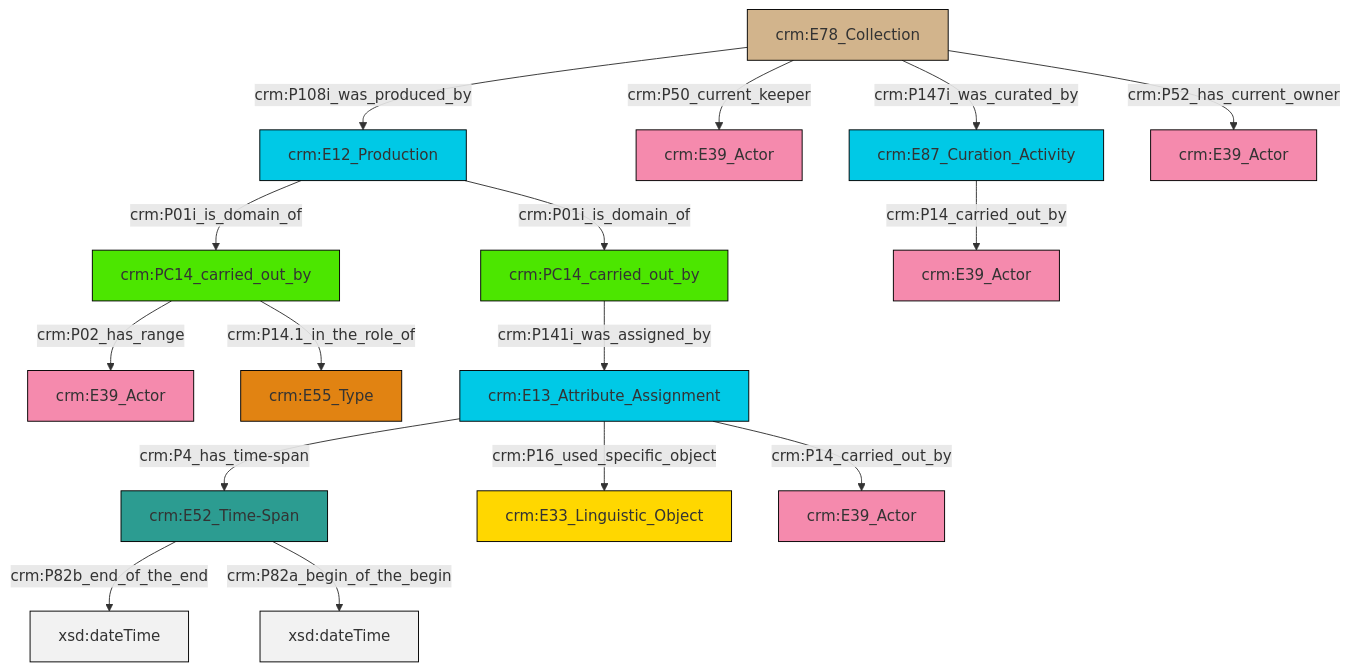
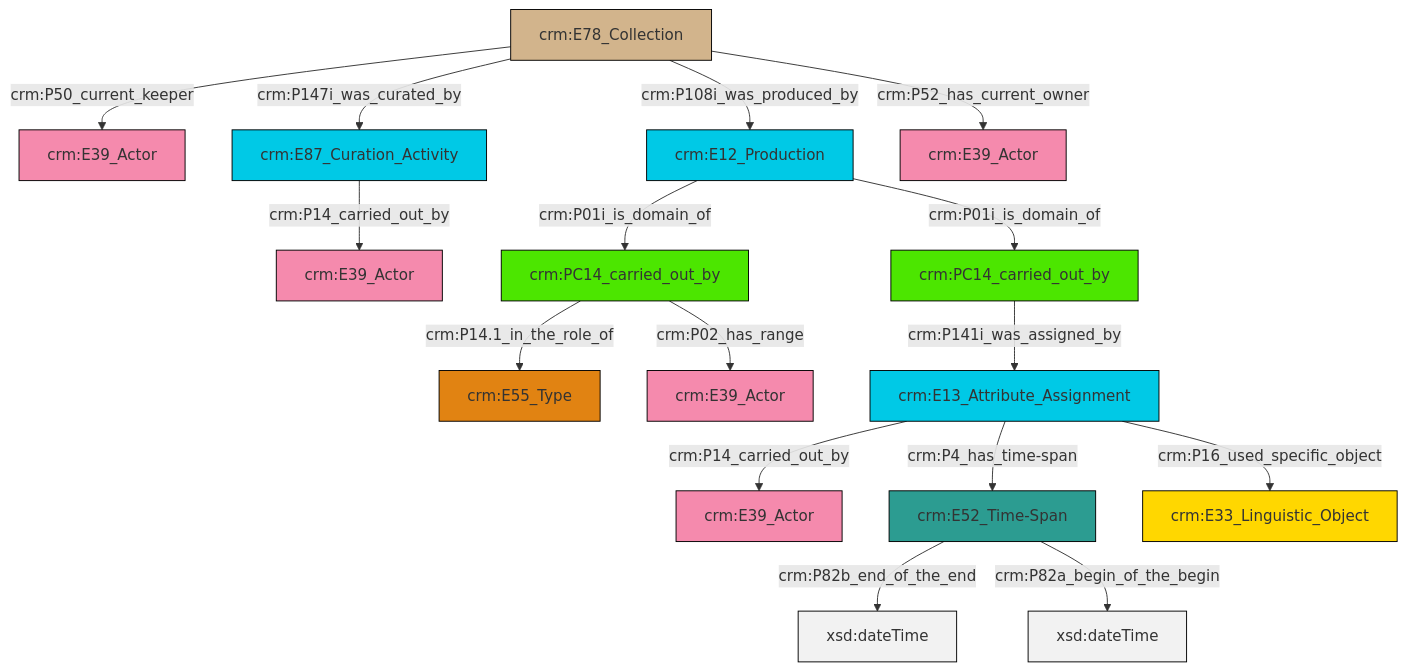
Before and after one commit to swiss-art-research-net/docs.swissartresearch: the diagram in et/archivalCSV/ttl/mmd/archival_relation.ttl.mmd, drawn with Mermaid. The commit also changed 175 other files, not shown here.

```diff
--- a/et/archivalCSV/ttl/mmd/archival_relation.ttl.mmd
+++ b/et/archivalCSV/ttl/mmd/archival_relation.ttl.mmd
@@ -1,30 +1,30 @@
 graph TD
 classDef Literal fill:#f2f2f2,stroke:#000000;
 classDef CRM_Entity fill:#FFFFFF,stroke:#000000;
 classDef Temporal_Entity fill:#00C9E6, stroke:#000000;
 classDef Type fill:#E18312, stroke:#000000;
 classDef Time-Span fill:#2C9C91, stroke:#000000;
 classDef Appellation fill:#FFEB7F, stroke:#000000;
 classDef Place fill:#008836, stroke:#000000;
 classDef Persistent_Item fill:#B266B2, stroke:#000000;
 classDef Conceptual_Object fill:#FFD700, stroke:#000000;
 classDef Physical_Thing fill:#D2B48C, stroke:#000000;
 classDef Actor fill:#f58aad, stroke:#000000;
 classDef PC_Classes fill:#4ce600, stroke:#000000;
 classDef Multi fill:#cccccc,stroke:#000000;
 
-2["crm:E13_Attribute_Assignment"]:::Temporal_Entity -->|crm:P4_has_time-span| 3["crm:E52_Time-Span"]:::Time-Span
-6["crm:PC14_carried_out_by"]:::PC_Classes -->|crm:P02_has_range| 7["crm:E39_Actor"]:::Actor
-0["crm:E78_Collection"]:::Physical_Thing -->|crm:P108i_was_produced_by| 8["crm:E12_Production"]:::Temporal_Entity
-8["crm:E12_Production"]:::Temporal_Entity -->|crm:P01i_is_domain_of| 6["crm:PC14_carried_out_by"]:::PC_Classes
-0["crm:E78_Collection"]:::Physical_Thing -->|crm:P50_current_keeper| 9["crm:E39_Actor"]:::Actor
-14["crm:PC14_carried_out_by"]:::PC_Classes -->|crm:P141i_was_assigned_by| 2["crm:E13_Attribute_Assignment"]:::Temporal_Entity
-3["crm:E52_Time-Span"]:::Time-Span -->|crm:P82b_end_of_the_end| 19[xsd:dateTime]:::Literal
-2["crm:E13_Attribute_Assignment"]:::Temporal_Entity -->|crm:P16_used_specific_object| 20["crm:E33_Linguistic_Object"]:::Conceptual_Object
-6["crm:PC14_carried_out_by"]:::PC_Classes -->|crm:P14.1_in_the_role_of| 15["crm:E55_Type"]:::Type
-8["crm:E12_Production"]:::Temporal_Entity -->|crm:P01i_is_domain_of| 14["crm:PC14_carried_out_by"]:::PC_Classes
-0["crm:E78_Collection"]:::Physical_Thing -->|crm:P147i_was_curated_by| 4["crm:E87_Curation_Activity"]:::Temporal_Entity
-3["crm:E52_Time-Span"]:::Time-Span -->|crm:P82a_begin_of_the_begin| 26[xsd:dateTime]:::Literal
-2["crm:E13_Attribute_Assignment"]:::Temporal_Entity -->|crm:P14_carried_out_by| 27["crm:E39_Actor"]:::Actor
-4["crm:E87_Curation_Activity"]:::Temporal_Entity -->|crm:P14_carried_out_by| 12["crm:E39_Actor"]:::Actor
-0["crm:E78_Collection"]:::Physical_Thing -->|crm:P52_has_current_owner| 17["crm:E39_Actor"]:::Actor
+0["crm:E12_Production"]:::Temporal_Entity -->|crm:P01i_is_domain_of| 2["crm:PC14_carried_out_by"]:::PC_Classes
+5["crm:E78_Collection"]:::Physical_Thing -->|crm:P50_current_keeper| 6["crm:E39_Actor"]:::Actor
+7["crm:E52_Time-Span"]:::Time-Span -->|crm:P82b_end_of_the_end| 8[xsd:dateTime]:::Literal
+5["crm:E78_Collection"]:::Physical_Thing -->|crm:P147i_was_curated_by| 9["crm:E87_Curation_Activity"]:::Temporal_Entity
+0["crm:E12_Production"]:::Temporal_Entity -->|crm:P01i_is_domain_of| 10["crm:PC14_carried_out_by"]:::PC_Classes
+7["crm:E52_Time-Span"]:::Time-Span -->|crm:P82a_begin_of_the_begin| 13[xsd:dateTime]:::Literal
+5["crm:E78_Collection"]:::Physical_Thing -->|crm:P108i_was_produced_by| 0["crm:E12_Production"]:::Temporal_Entity
+2["crm:PC14_carried_out_by"]:::PC_Classes -->|crm:P14.1_in_the_role_of| 3["crm:E55_Type"]:::Type
+2["crm:PC14_carried_out_by"]:::PC_Classes -->|crm:P02_has_range| 17["crm:E39_Actor"]:::Actor
+11["crm:E13_Attribute_Assignment"]:::Temporal_Entity -->|crm:P14_carried_out_by| 19["crm:E39_Actor"]:::Actor
+5["crm:E78_Collection"]:::Physical_Thing -->|crm:P52_has_current_owner| 14["crm:E39_Actor"]:::Actor
+9["crm:E87_Curation_Activity"]:::Temporal_Entity -->|crm:P14_carried_out_by| 23["crm:E39_Actor"]:::Actor
+10["crm:PC14_carried_out_by"]:::PC_Classes -->|crm:P141i_was_assigned_by| 11["crm:E13_Attribute_Assignment"]:::Temporal_Entity
+11["crm:E13_Attribute_Assignment"]:::Temporal_Entity -->|crm:P4_has_time-span| 7["crm:E52_Time-Span"]:::Time-Span
+11["crm:E13_Attribute_Assignment"]:::Temporal_Entity -->|crm:P16_used_specific_object| 28["crm:E33_Linguistic_Object"]:::Conceptual_Object
```
